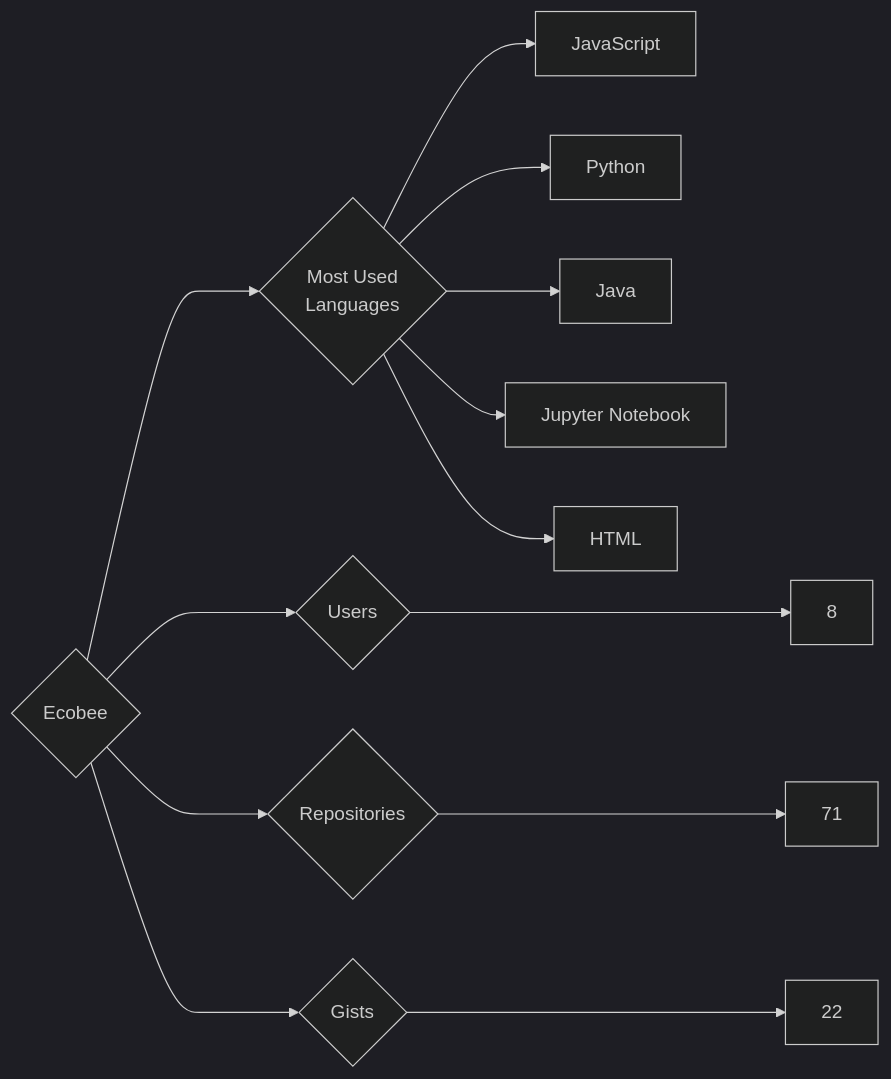
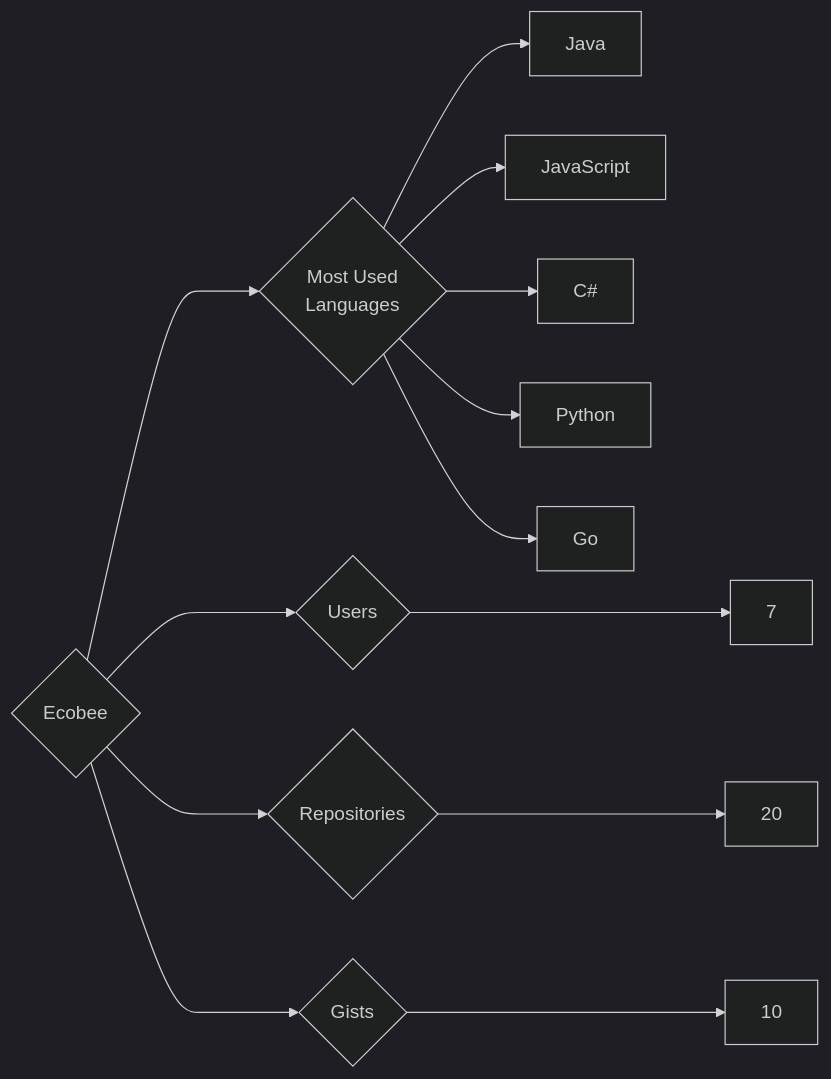
One commit to trickest/insiders changed the diagram in targets/Ecobee/README.md. Above: the diagram before and after it, drawn with Mermaid (dark theme). The commit also changed 1141 other files, not shown here.

````diff
--- a/targets/Ecobee/README.md
+++ b/targets/Ecobee/README.md
@@ -3,13 +3,13 @@
 ```mermaid
 graph LR
 COMPANY_NAME{Ecobee}
-COMPANY_NAME ---> U{Users} ---> UN[8]
-COMPANY_NAME ---> R{Repositories} ---> RN[71]
-COMPANY_NAME ---> G{Gists} ---> GN[22]
+COMPANY_NAME ---> U{Users} ---> UN[7]
+COMPANY_NAME ---> R{Repositories} ---> RN[20]
+COMPANY_NAME ---> G{Gists} ---> GN[10]
 COMPANY_NAME ---> ML{Most Used<br>Languages}
+ML --> Java[Java]
 ML --> JavaScript[JavaScript]
+ML --> C#[C#]
 ML --> Python[Python]
-ML --> Java[Java]
-ML --> Jupyter_Notebook[Jupyter Notebook]
-ML --> HTML[HTML]
+ML --> Go[Go]
 ```
````
